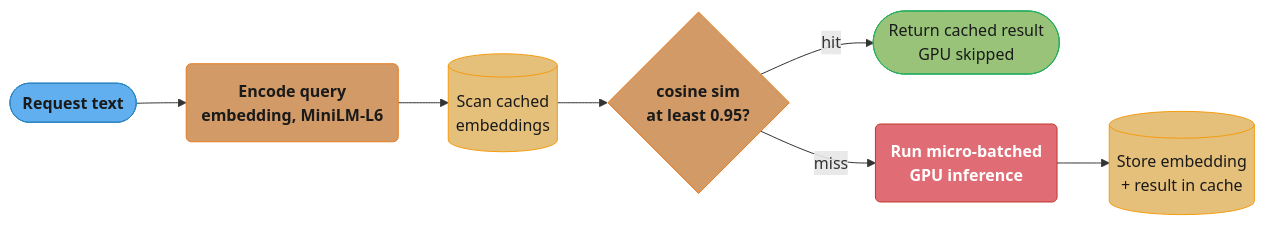
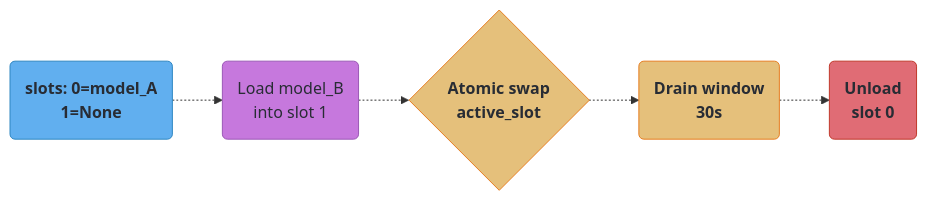
The second of 3 diagrams in src/main/java/com/rutik/systemdesign/fastapi/case_studies/design_ml_inference_api_fastapi.md (rppol/system-design), drawn with Mermaid before and after one commit. The commit also changed other lines of this file and 466 other files, not shown here.

````diff
--- a/src/main/java/com/rutik/systemdesign/fastapi/case_studies/design_ml_inference_api_fastapi.md
+++ b/src/main/java/com/rutik/systemdesign/fastapi/case_studies/design_ml_inference_api_fastapi.md
@@ -131,25 +175,18 @@
 ```mermaid
 flowchart LR
-    classDef io      fill:#61afef,stroke:#2e86c1,color:#1a1a1a,font-weight:bold
-    classDef frozen  fill:#c678dd,stroke:#9b59b6,color:#fff
-    classDef train   fill:#98c379,stroke:#27ae60,color:#1a1a1a
-    classDef mathOp  fill:#d19a66,stroke:#e67e22,color:#1a1a1a,font-weight:bold
-    classDef lossN   fill:#e06c75,stroke:#c0392b,color:#fff,font-weight:bold
-    classDef req     fill:#56b6c2,stroke:#0097a7,color:#1a1a1a
-    classDef base    fill:#e5c07b,stroke:#f39c12,color:#1a1a1a
+    classDef frozen  fill:#c678dd,stroke:#9b59b6,color:#282c34
+    classDef mathOp  fill:#e5c07b,stroke:#e67e22,color:#282c34,font-weight:bold
+    classDef lossN   fill:#e06c75,stroke:#c0392b,color:#282c34,font-weight:bold
+    classDef base    fill:#61afef,stroke:#2e86c1,color:#282c34,font-weight:bold
 
-    Req(["Request text"]) --> Embed("Encode query<br/>embedding, MiniLM-L6")
-    Embed --> Scan[("Scan cached<br/>embeddings")]
-    Scan --> Sim{"cosine sim<br/>at least 0.95?"}
-    Sim -->|"hit"| Hit(["Return cached result<br/>GPU skipped"])
-    Sim -->|"miss"| Infer("Run micro-batched<br/>GPU inference")
-    Infer --> Store[("Store embedding<br/>+ result in cache")]
+    Slots("slots: 0=model_A<br/>1=None") -.-> LoadB("Load model_B<br/>into slot 1")
+    LoadB -.-> Flip{"Atomic swap<br/>active_slot"}
+    Flip -.-> Drain("Drain window<br/>30s")
+    Drain -.-> Unload("Unload<br/>slot 0")
 
-    class Req io
-    class Embed mathOp
-    class Scan base
-    class Sim mathOp
-    class Hit train
-    class Infer lossN
-    class Store base
+    class Slots base
+    class LoadB frozen
+    class Flip mathOp
+    class Unload lossN
+    class Drain mathOp
 ```
````
